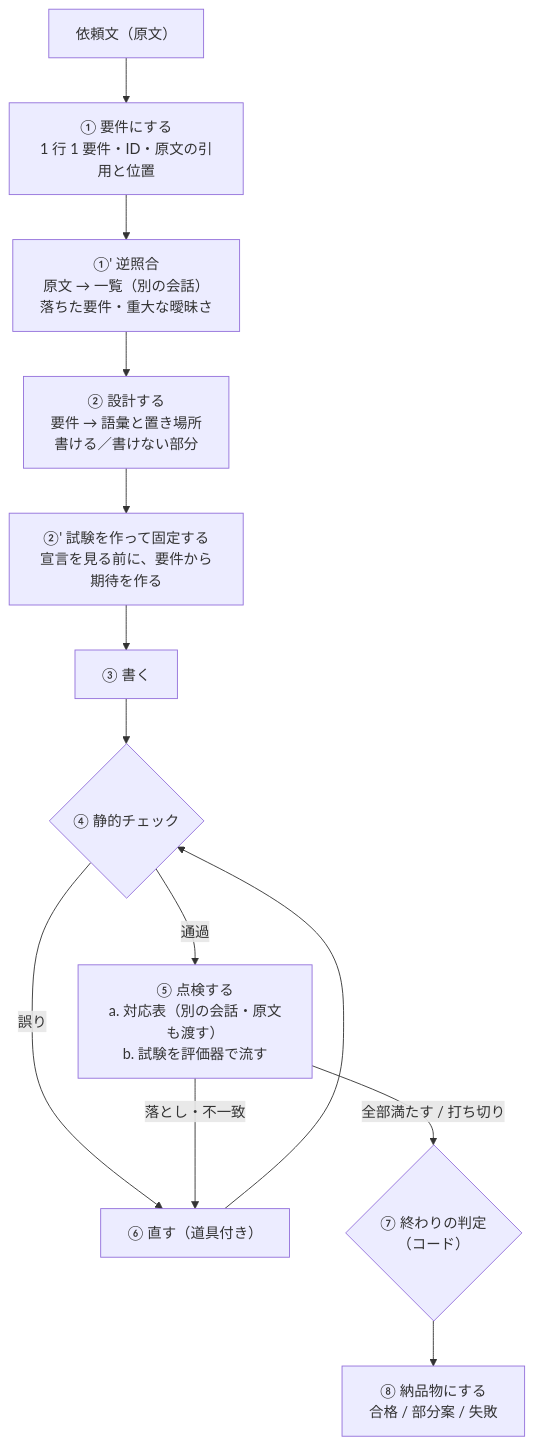
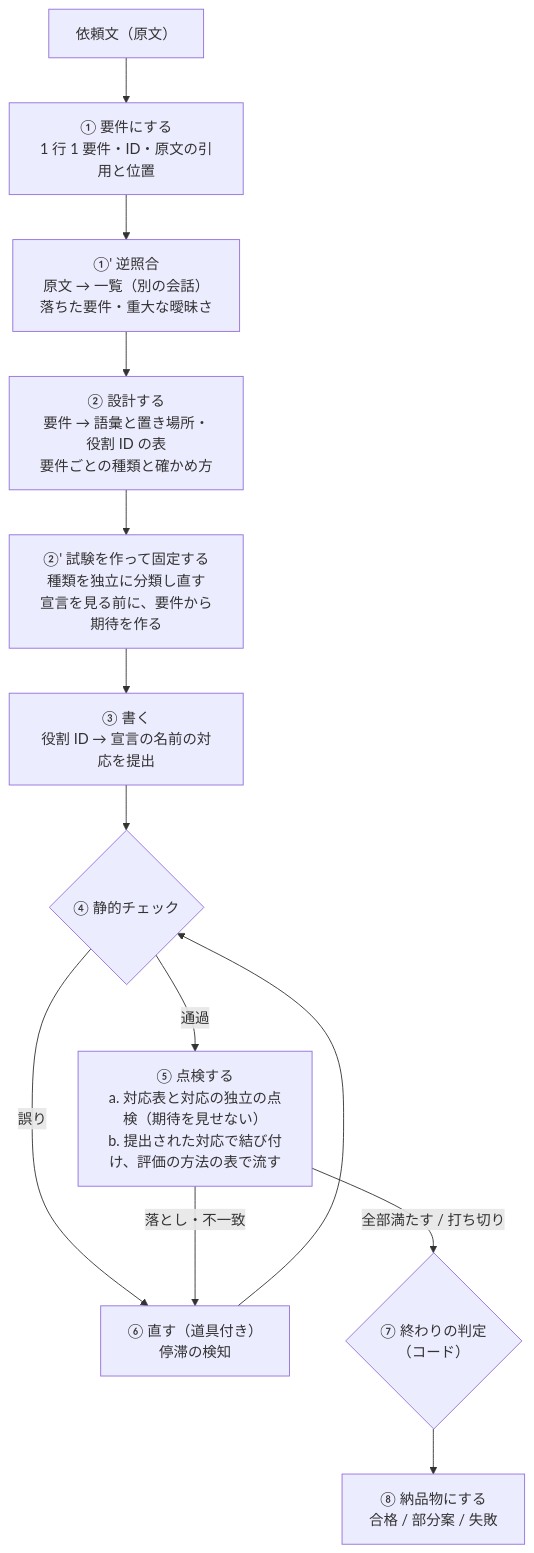
The first of 2 diagrams in workspace/mvp/m1/agent/02-architecture.md (Kewton/Musunest), drawn with Mermaid before and after one commit. The commit also changed other lines of this file and 1 other file, not shown here.

````diff
--- a/workspace/mvp/m1/agent/02-architecture.md
+++ b/workspace/mvp/m1/agent/02-architecture.md
@@ -13,15 +13,15 @@
 ```mermaid
 flowchart TD
   IN["依頼文（原文）"] --> S1["① 要件にする<br/>1 行 1 要件・ID・原文の引用と位置"]
   S1 --> S1b["①' 逆照合<br/>原文 → 一覧（別の会話）<br/>落ちた要件・重大な曖昧さ"]
-  S1b --> S2["② 設計する<br/>要件 → 語彙と置き場所<br/>書ける／書けない部分"]
-  S2 --> S2b["②' 試験を作って固定する<br/>宣言を見る前に、要件から期待を作る"]
-  S2b --> S3["③ 書く"]
+  S1b --> S2["② 設計する<br/>要件 → 語彙と置き場所・役割 ID の表<br/>要件ごとの種類と確かめ方"]
+  S2 --> S2b["②' 試験を作って固定する<br/>種類を独立に分類し直す<br/>宣言を見る前に、要件から期待を作る"]
+  S2b --> S3["③ 書く<br/>役割 ID → 宣言の名前の対応を提出"]
   S3 --> T1{"④ 静的チェック"}
-  T1 -- 誤り --> S5["⑥ 直す（道具付き）"]
-  T1 -- 通過 --> S4["⑤ 点検する<br/>a. 対応表（別の会話・原文も渡す）<br/>b. 試験を評価器で流す"]
+  T1 -- 誤り --> S5["⑥ 直す（道具付き）<br/>停滞の検知"]
+  T1 -- 通過 --> S4["⑤ 点検する<br/>a. 対応表と対応の独立の点検（期待を見せない）<br/>b. 提出された対応で結び付け、評価の方法の表で流す"]
   S4 -- 落とし・不一致 --> S5
   S5 --> T1
   S4 -- 全部満たす / 打ち切り --> J{"⑦ 終わりの判定<br/>（コード）"}
   J --> OUT["⑧ 納品物にする<br/>合格 / 部分案 / 失敗"]
 ```
````
